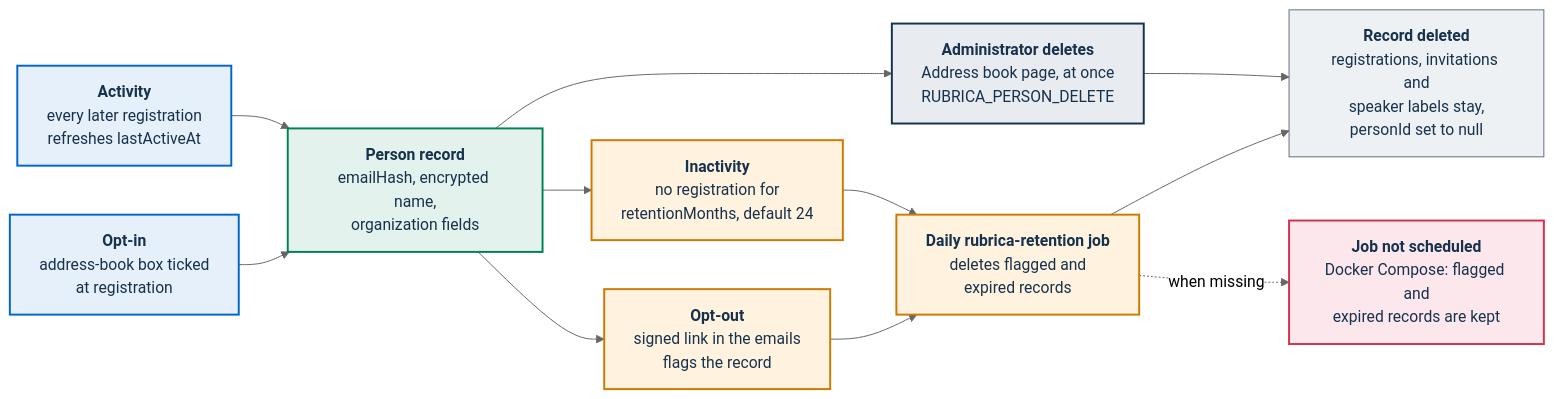
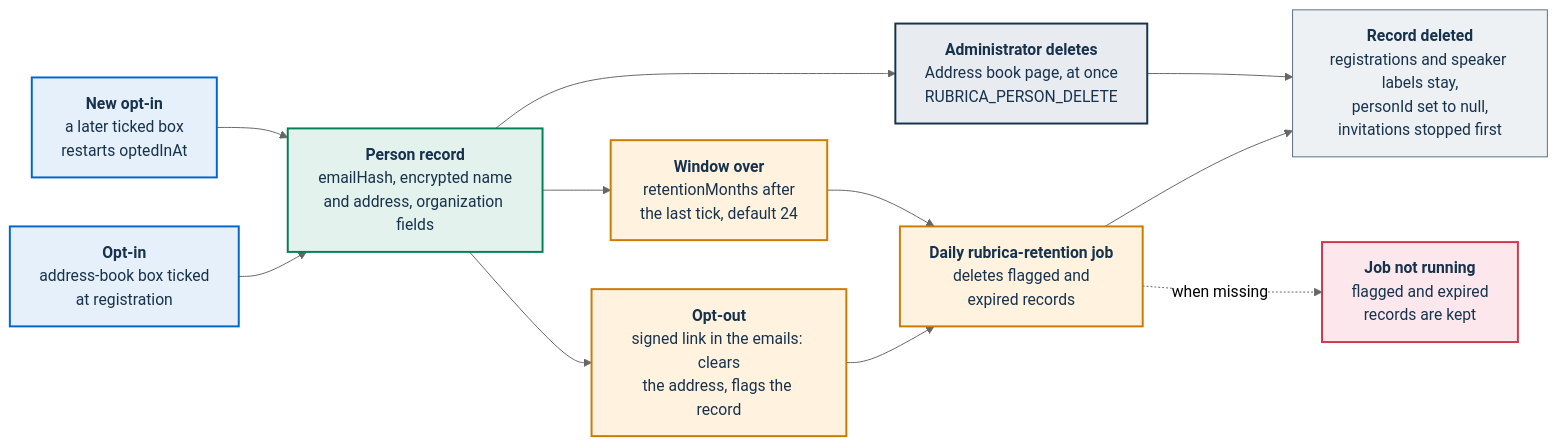
The second of 2 diagrams in docs/adr/011-person-rubrica.md (italia/pa-webinar), drawn with Mermaid (neutral theme) before and after one commit. The commit also changed other lines of this file and 18 other files, not shown here.

````diff
--- a/docs/adr/011-person-rubrica.md
+++ b/docs/adr/011-person-rubrica.md
@@ -315,30 +351,30 @@
 ```mermaid
 flowchart LR
     IN["<b>Opt-in</b><br/>address-book box ticked<br/>at registration"]:::portal
-    ACT["<b>Activity</b><br/>every later registration<br/>refreshes lastActiveAt"]:::portal
-    P["<b>Person record</b><br/>emailHash, encrypted name,<br/>organization fields"]:::data
-    OUT["<b>Opt-out</b><br/>signed link in the emails<br/>flags the record"]:::job
-    IDLE["<b>Inactivity</b><br/>no registration for<br/>retentionMonths, default 24"]:::job
+    ACT["<b>New opt-in</b><br/>a later ticked box<br/>restarts optedInAt"]:::portal
+    P["<b>Person record</b><br/>emailHash, encrypted name<br/>and address, organization fields"]:::data
+    OUT["<b>Opt-out</b><br/>signed link in the emails: clears<br/>the address, flags the record"]:::job
+    IDLE["<b>Window over</b><br/>retentionMonths after<br/>the last tick, default 24"]:::job
     ADM["<b>Administrator deletes</b><br/>Address book page, at once<br/>RUBRICA_PERSON_DELETE"]:::staff
     JOB["<b>Daily rubrica-retention job</b><br/>deletes flagged and<br/>expired records"]:::job
-    GONE["<b>Record deleted</b><br/>registrations, invitations and<br/>speaker labels stay,<br/>personId set to null"]:::ext
-    RISK["<b>Job not scheduled</b><br/>Docker Compose: flagged and<br/>expired records are kept"]:::risk
+    GONE["<b>Record deleted</b><br/>registrations and speaker labels stay,<br/>personId set to null,<br/>invitations stopped first"]:::ext
+    RISK["<b>Job not running</b><br/>flagged and expired<br/>records are kept"]:::risk
 
     IN --> P
     ACT --> P
     P --> OUT
     P --> IDLE
     P --> ADM
     OUT --> JOB
     IDLE --> JOB
     JOB --> GONE
     ADM --> GONE
     JOB -.->|"when missing"| RISK
 
     classDef portal fill:#E6F0FA,stroke:#0066CC,stroke-width:2px,color:#17324D
     classDef data fill:#E3F2EC,stroke:#008055,stroke-width:2px,color:#17324D
     classDef job fill:#FFF3E0,stroke:#CC7A00,stroke-width:2px,color:#17324D
     classDef staff fill:#E8ECF1,stroke:#17324D,stroke-width:2px,color:#17324D
     classDef risk fill:#FCE8EC,stroke:#D1344C,stroke-width:2px,color:#17324D
     classDef ext fill:#EEF1F4,stroke:#5C6F82,stroke-width:1px,color:#17324D
 ```
````
